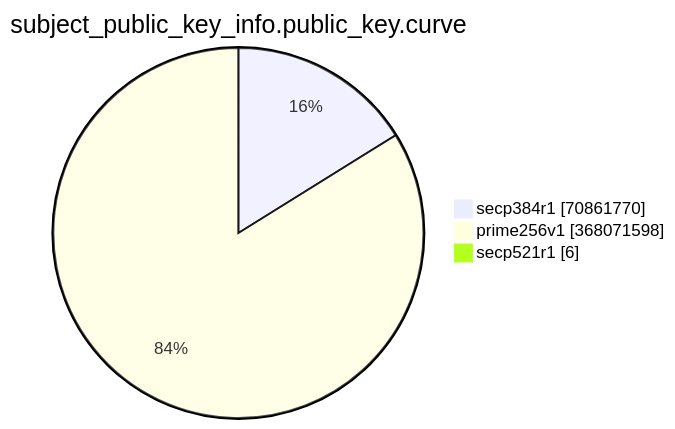
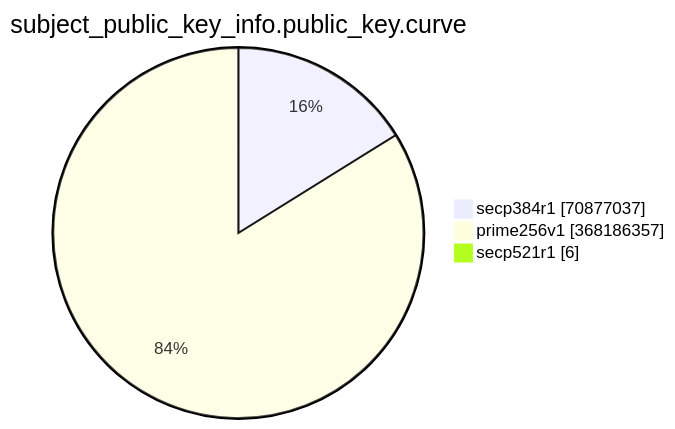
Before and after one commit to christiankrug/ctmonitor_visualization: the eighth of 15 diagrams in TOTAL/README.md, drawn with Mermaid. The commit also changed other lines of this file, not shown here.

````diff
--- a/TOTAL/README.md
+++ b/TOTAL/README.md
@@ -3094,7 +3094,7 @@
 ```mermaid
 pie showData
 title subject_public_key_info.public_key.curve
-"secp384r1" :70861770
-"prime256v1" :368071598
+"secp384r1" :70877037
+"prime256v1" :368186357
 "secp521r1" :6
 ```
````
